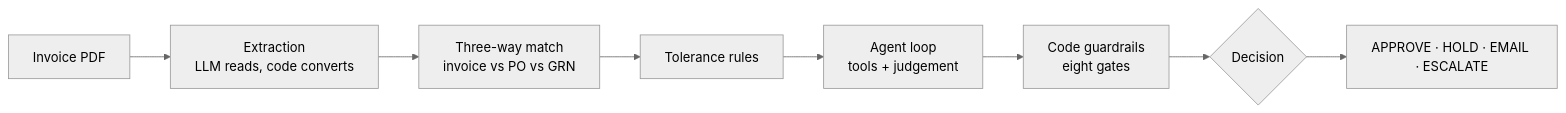
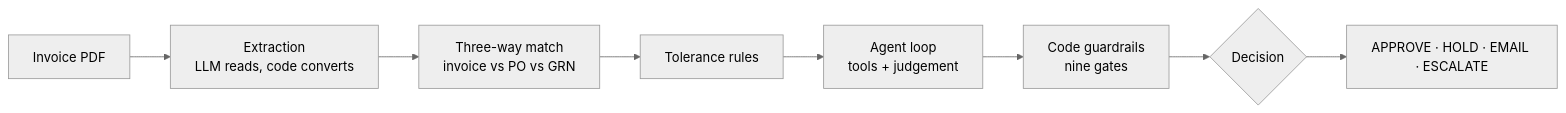
The diagram in README.md (normanqvq/ap-agent), drawn with Mermaid (neutral theme) before and after one commit. The commit also changed other lines of this file and 1 other file, not shown here.

Commit message:
docs: guardrail count is now nine (payout-account gate)

````diff
--- a/README.md
+++ b/README.md
@@ -99,10 +99,10 @@
 ```mermaid
 flowchart LR
     A[Invoice PDF] --> B[Extraction<br/>LLM reads, code converts]
     B --> C[Three-way match<br/>invoice vs PO vs GRN]
     C --> D[Tolerance rules]
     D --> E[Agent loop<br/>tools + judgement]
-    E --> F[Code guardrails<br/>eight gates]
+    E --> F[Code guardrails<br/>nine gates]
     F --> G{Decision}
     G --> H[APPROVE · HOLD · EMAIL · ESCALATE]
 ```
````
